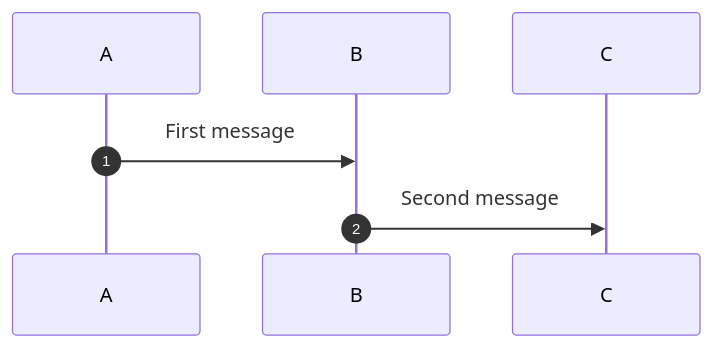
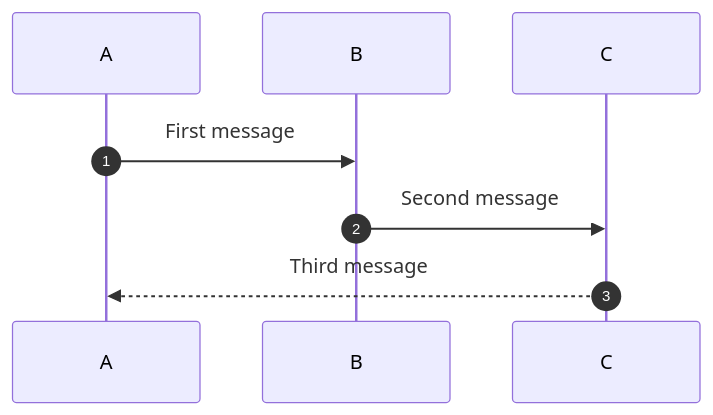
Before and after one commit to andrewgepearce/sequencer-svg: the seventh of 9 diagrams in README.md, drawn with Mermaid. The commit also changed other lines of this file and 32 other files, not shown here.

First line of the commit message:
docs: add transformed YAML and SVG for all Mermaid examples

````diff
--- a/README.md
+++ b/README.md
@@ -581,6 +693,10 @@
 ```mermaid
 sequenceDiagram
     autonumber
+    participant A
+    participant B
+    participant C
     A->>B: First message
     B->>C: Second message
+    C-->>A: Third message
 ```
````
